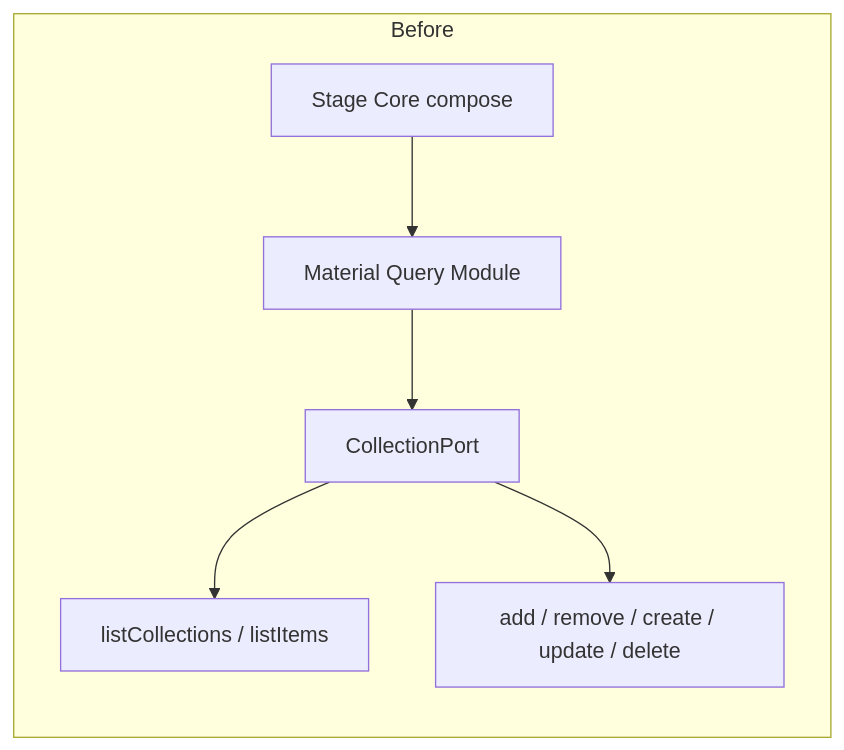
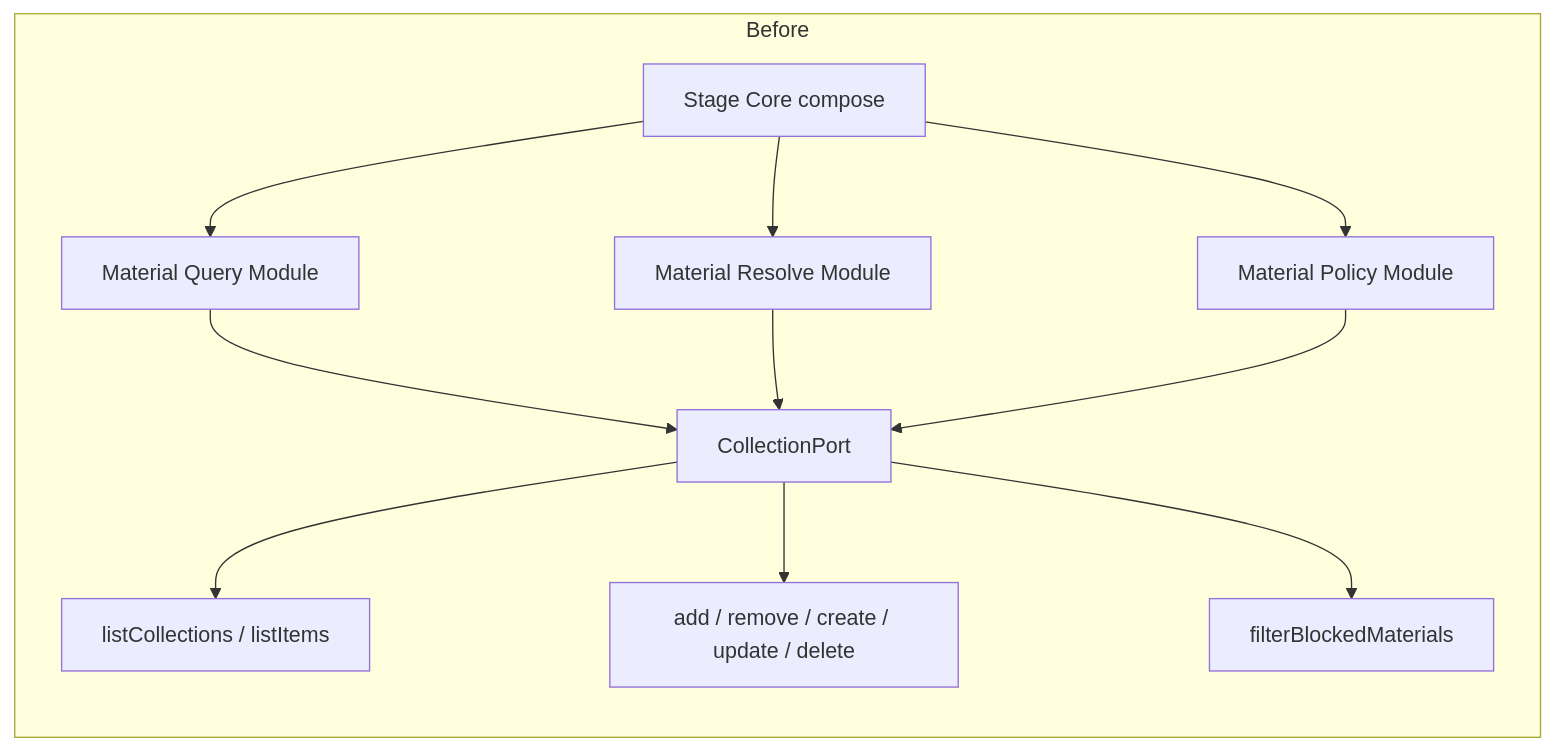
One commit to Odefined/MineMusic changed the third of 12 diagrams in docs/maintenance/minemusic_architecture_improvement_report.md. Above: the diagram before and after it, drawn with Mermaid. The commit also changed other lines of this file and 21 other files, not shown here.

Commit message:
narrow material collection seams and resolve policy handoff

````diff
--- a/docs/maintenance/minemusic_architecture_improvement_report.md
+++ b/docs/maintenance/minemusic_architecture_improvement_report.md
@@ -298,9 +285,14 @@
 ```mermaid
 flowchart LR
   subgraph Before
     SC1["Stage Core compose"] --> MQ1["Material Query Module"]
+    SC1 --> MR1["Material Resolve Module"]
+    SC1 --> MP1["Material Policy Module"]
     MQ1 --> CP1["CollectionPort"]
     CP1 --> R1["listCollections / listItems"]
     CP1 --> W1["add / remove / create / update / delete"]
+    MR1 --> CP1
+    MP1 --> CP1
+    CP1 --> B1["filterBlockedMaterials"]
   end
 ```
````
